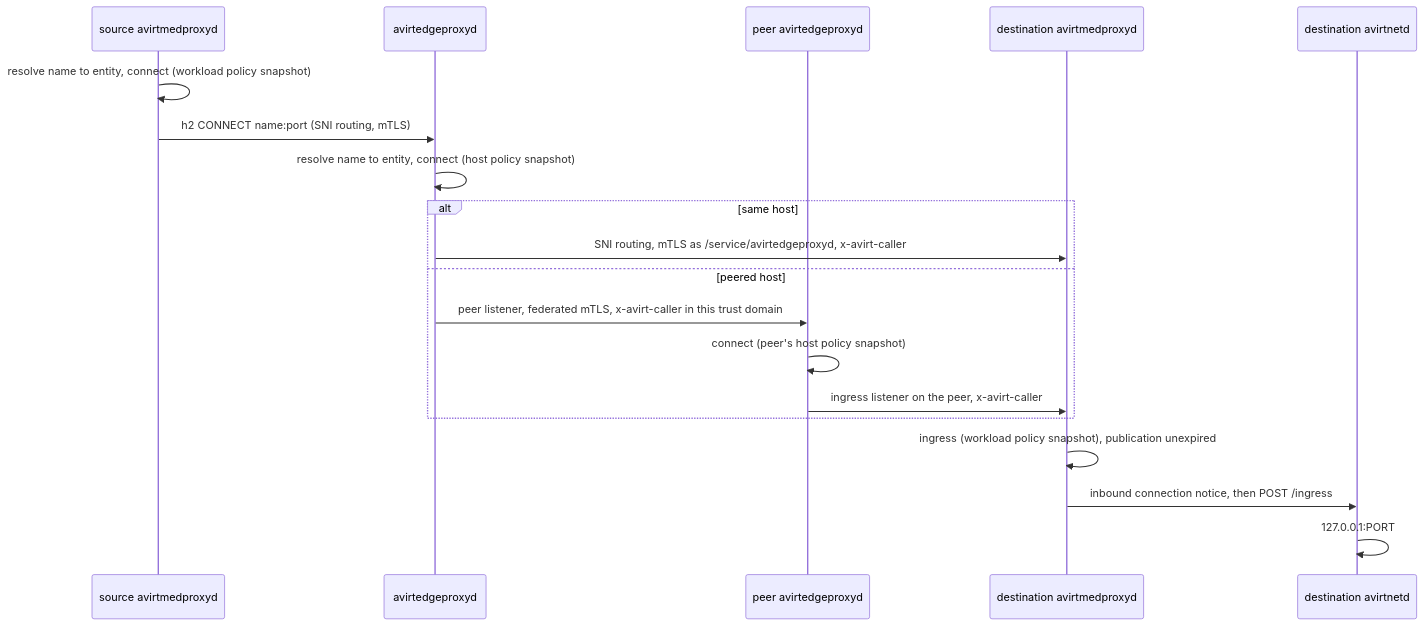
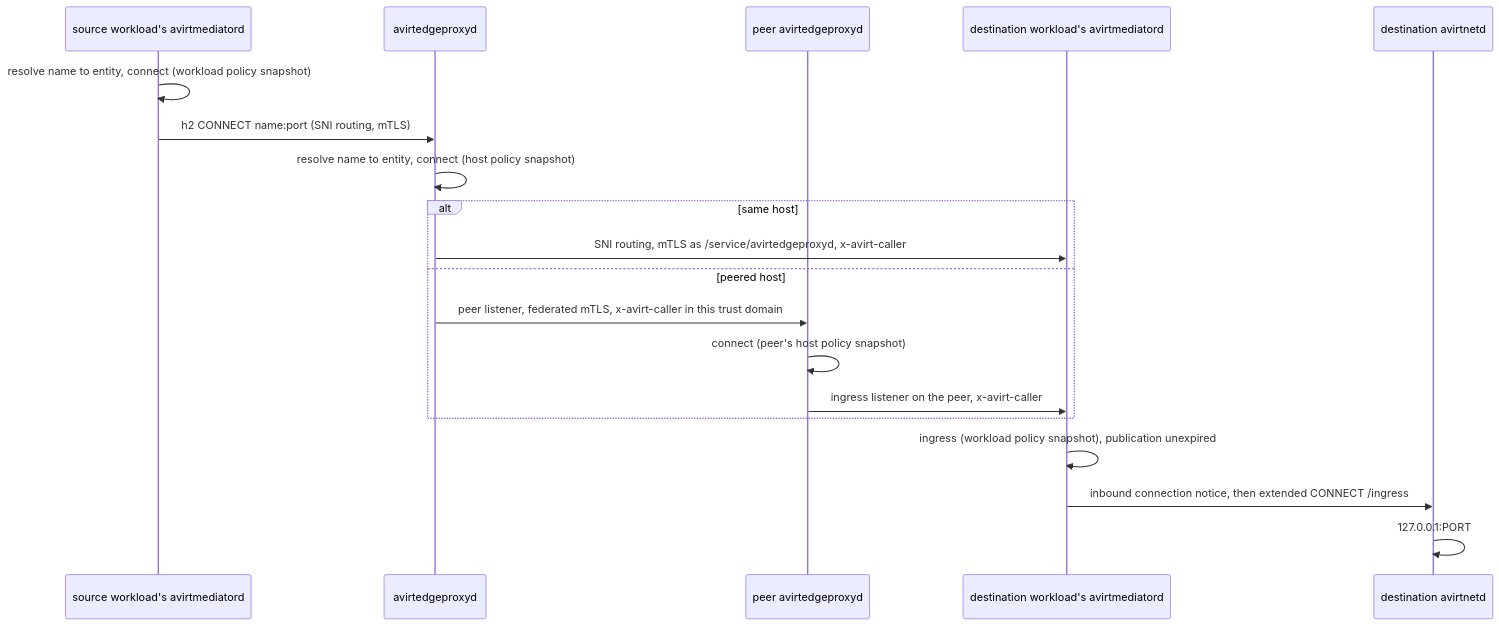
The third of 3 diagrams in docs/networking.md (tbhb-dev/avirt), drawn with Mermaid before and after one commit. The commit also changed other lines of this file and 116 other files, not shown here.

````diff
--- a/docs/networking.md
+++ b/docs/networking.md
@@ -192,21 +184,21 @@
 ```mermaid
 sequenceDiagram
-    participant S as source avirtmedproxyd
+    participant S as source workload's avirtmediatord
     participant F as avirtedgeproxyd
     participant P as peer avirtedgeproxyd
-    participant D as destination avirtmedproxyd
+    participant D as destination workload's avirtmediatord
     participant N as destination avirtnetd
     S->>S: resolve name to entity, connect (workload policy snapshot)
     S->>F: h2 CONNECT name:port (SNI routing, mTLS)
     F->>F: resolve name to entity, connect (host policy snapshot)
     alt same host
         F->>D: SNI routing, mTLS as /service/avirtedgeproxyd, x-avirt-caller
     else peered host
         F->>P: peer listener, federated mTLS, x-avirt-caller in this trust domain
         P->>P: connect (peer's host policy snapshot)
         P->>D: ingress listener on the peer, x-avirt-caller
     end
     D->>D: ingress (workload policy snapshot), publication unexpired
-    D->>N: inbound connection notice, then POST /ingress
+    D->>N: inbound connection notice, then extended CONNECT /ingress
     N->>N: 127.0.0.1:PORT
 ```
````
